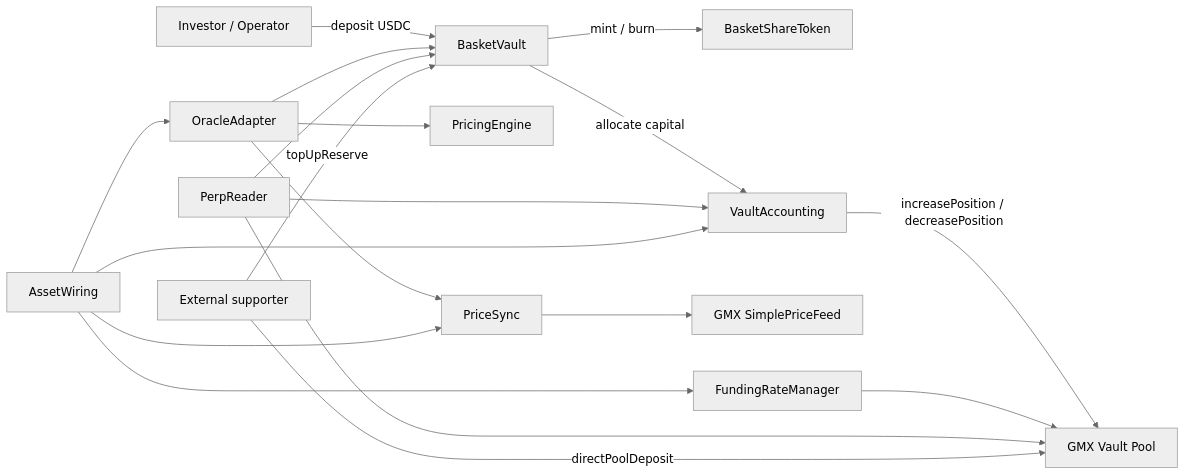
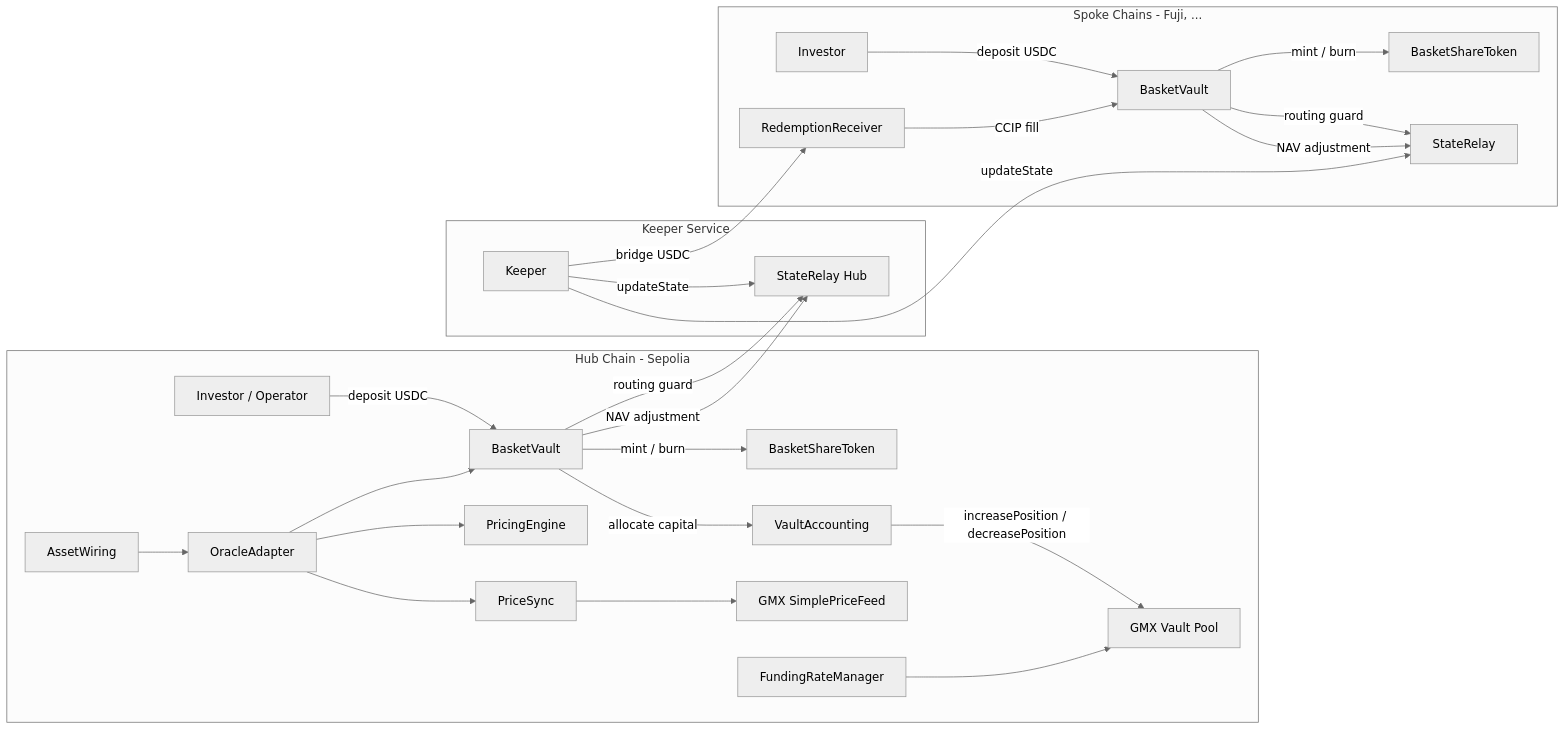
Before and after one commit to reubenr0d/indexflow-prototype: the first of 11 diagrams in docs/TECHNICAL_ARCHITECTURE_AND_ROADMAP.md, drawn with Mermaid (neutral theme). The commit also changed other lines of this file and 102 other files, not shown here.

Commit message:
fix(contracts): hub-spoke perps

````diff
--- a/docs/TECHNICAL_ARCHITECTURE_AND_ROADMAP.md
+++ b/docs/TECHNICAL_ARCHITECTURE_AND_ROADMAP.md
@@ -41,21 +41,32 @@
 ```mermaid
 flowchart LR
-    User[Investor / Operator] -->|deposit USDC| BasketVault[BasketVault]
-    BasketVault -->|mint / burn| ShareToken[BasketShareToken]
-    BasketVault -->|allocate capital| VaultAccounting[VaultAccounting]
-    VaultAccounting -->|increasePosition / decreasePosition| GMXVault[GMX Vault Pool]
-    OracleAdapter[OracleAdapter] --> BasketVault
-    OracleAdapter --> PricingEngine[PricingEngine]
-    OracleAdapter --> PriceSync[PriceSync]
-    PriceSync --> SimplePriceFeed[GMX SimplePriceFeed]
-    FundingRateManager[FundingRateManager] --> GMXVault
-    PerpReader[PerpReader] --> BasketVault
-    PerpReader --> VaultAccounting
-    PerpReader --> GMXVault
-    AssetWiring[AssetWiring] --> OracleAdapter
-    AssetWiring --> VaultAccounting
-    AssetWiring --> FundingRateManager
-    AssetWiring --> PriceSync
-    Supporter[External supporter] -->|topUpReserve| BasketVault
-    Supporter -->|directPoolDeposit| GMXVault
+    subgraph Hub [Hub Chain - Sepolia]
+        User[Investor / Operator] -->|deposit USDC| BasketVault[BasketVault]
+        BasketVault -->|mint / burn| ShareToken[BasketShareToken]
+        BasketVault -->|allocate capital| VaultAccounting[VaultAccounting]
+        VaultAccounting -->|increasePosition / decreasePosition| GMXVault[GMX Vault Pool]
+        OracleAdapter[OracleAdapter] --> BasketVault
+        OracleAdapter --> PricingEngine[PricingEngine]
+        OracleAdapter --> PriceSync[PriceSync]
+        PriceSync --> SimplePriceFeed[GMX SimplePriceFeed]
+        FundingRateManager[FundingRateManager] --> GMXVault
+        AssetWiring[AssetWiring] --> OracleAdapter
+    end
+
+    subgraph Spoke [Spoke Chains - Fuji, ...]
+        SpokeUser[Investor] -->|deposit USDC| SpokeBV[BasketVault]
+        SpokeBV -->|mint / burn| SpokeShare[BasketShareToken]
+        SpokeBV -->|routing guard| SpokeSR[StateRelay]
+        SpokeBV -->|NAV adjustment| SpokeSR
+        RedemptionRx[RedemptionReceiver] -->|CCIP fill| SpokeBV
+    end
+
+    subgraph Keeper [Keeper Service]
+        KeeperSvc[Keeper] -->|updateState| HubSR[StateRelay Hub]
+        KeeperSvc -->|updateState| SpokeSR
+        KeeperSvc -->|bridge USDC| RedemptionRx
+    end
+
+    BasketVault -->|routing guard| HubSR
+    BasketVault -->|NAV adjustment| HubSR
 ```
````
